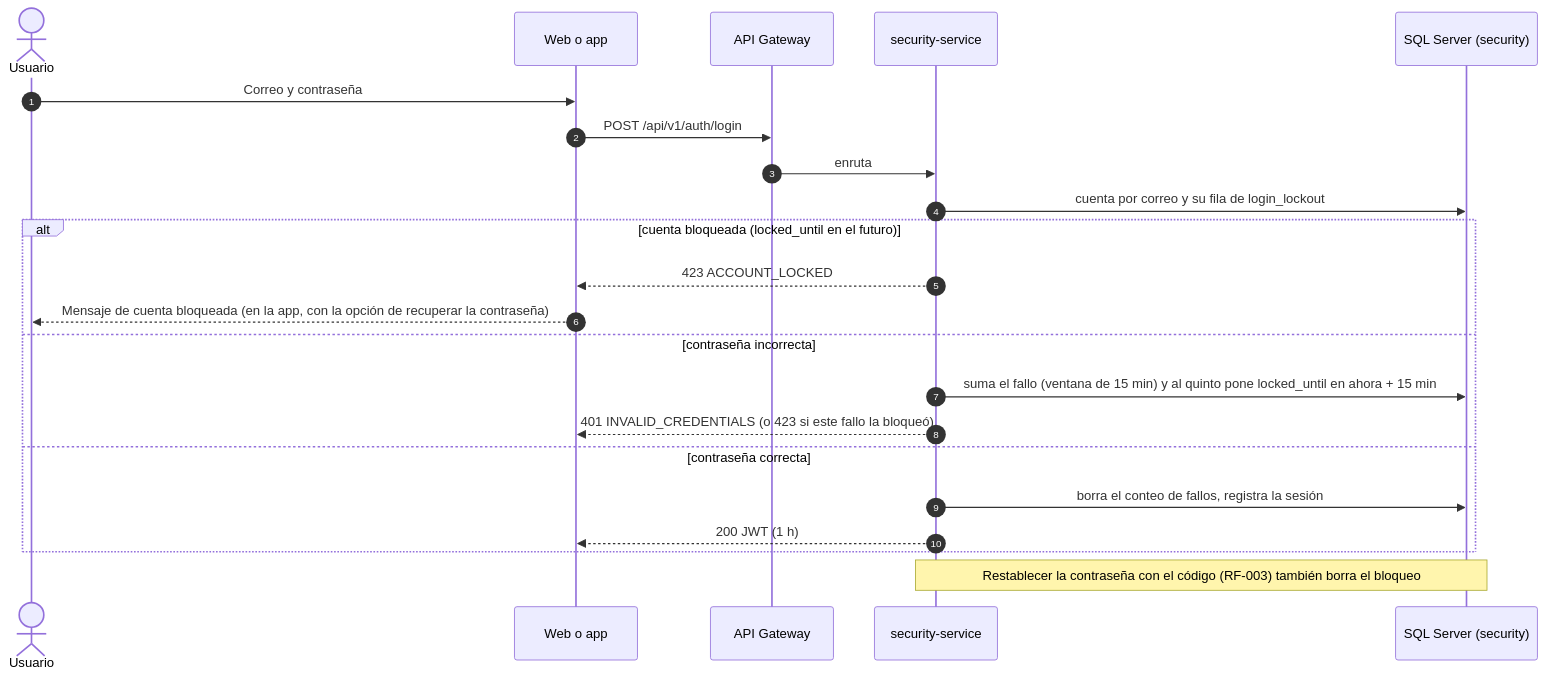
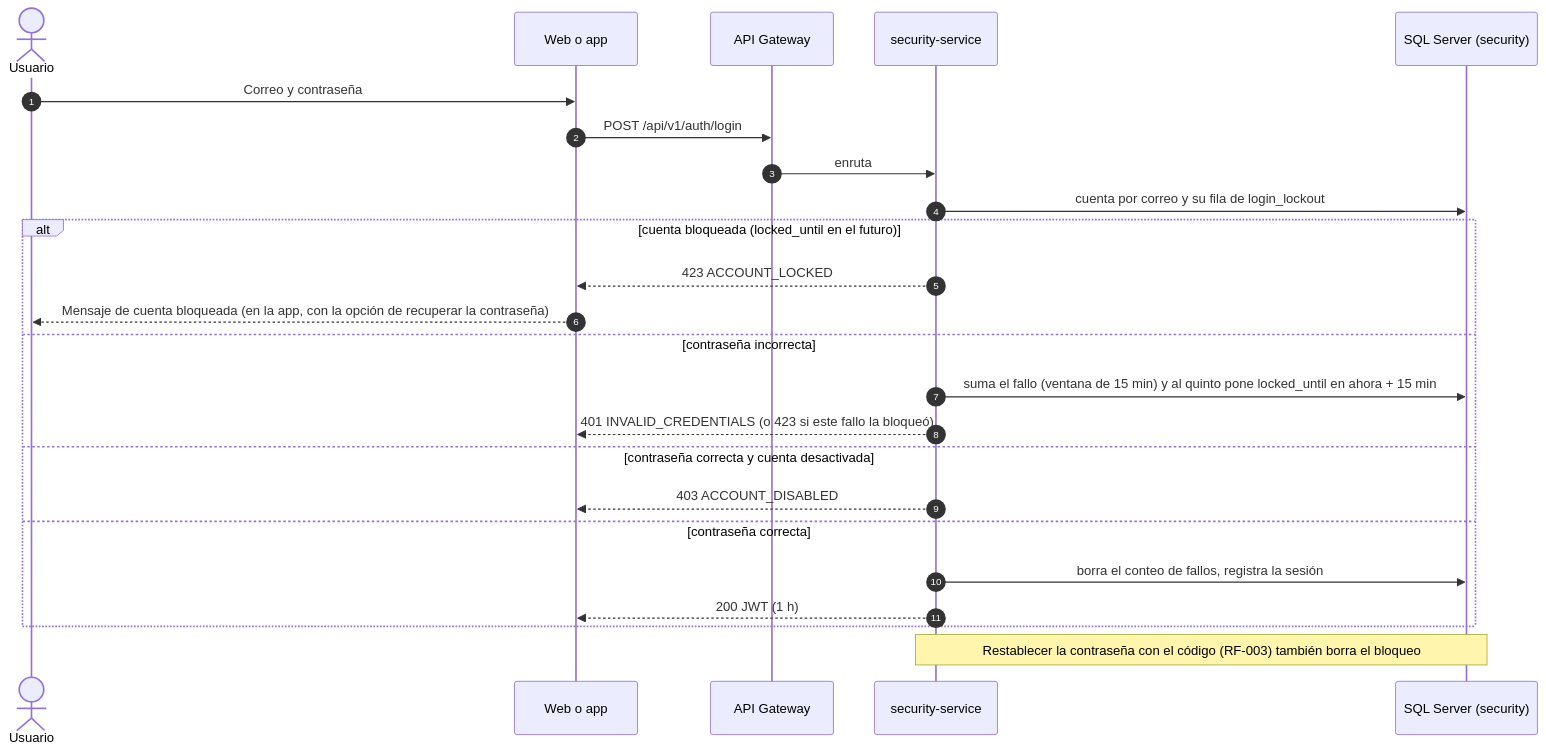
Before and after one commit to BrayanCABRERA123/lavarapido-docs: diagram 12 of 26 in 02_DOCUMENTACION_DE_ANALISIS_DEL_SOFTWARE/ES/MD/documentacion-de-analisis-del-software.md, drawn with Mermaid. The commit also changed other lines of this file and 7 other files, not shown here.

Commit message:
docs(analysis): correct sequences and states against the code and redraw the diagrams (2.3)

````diff
--- a/02_DOCUMENTACION_DE_ANALISIS_DEL_SOFTWARE/ES/MD/documentacion-de-analisis-del-software.md
+++ b/02_DOCUMENTACION_DE_ANALISIS_DEL_SOFTWARE/ES/MD/documentacion-de-analisis-del-software.md
@@ -502,25 +512,27 @@
 ```mermaid
 sequenceDiagram
     autonumber
     actor U as Usuario
     participant W as Web o app
     participant GW as API Gateway
     participant S as security-service
     participant DB as SQL Server (security)
 
     U->>W: Correo y contraseña
     W->>GW: POST /api/v1/auth/login
     GW->>S: enruta
     S->>DB: cuenta por correo y su fila de login_lockout
     alt cuenta bloqueada (locked_until en el futuro)
         S-->>W: 423 ACCOUNT_LOCKED
         W-->>U: Mensaje de cuenta bloqueada (en la app, con la opción de recuperar la contraseña)
     else contraseña incorrecta
         S->>DB: suma el fallo (ventana de 15 min) y al quinto pone locked_until en ahora + 15 min
         S-->>W: 401 INVALID_CREDENTIALS (o 423 si este fallo la bloqueó)
+    else contraseña correcta y cuenta desactivada
+        S-->>W: 403 ACCOUNT_DISABLED
     else contraseña correcta
         S->>DB: borra el conteo de fallos, registra la sesión
         S-->>W: 200 JWT (1 h)
     end
     Note over S,DB: Restablecer la contraseña con el código (RF-003) también borra el bloqueo
 ```
````
